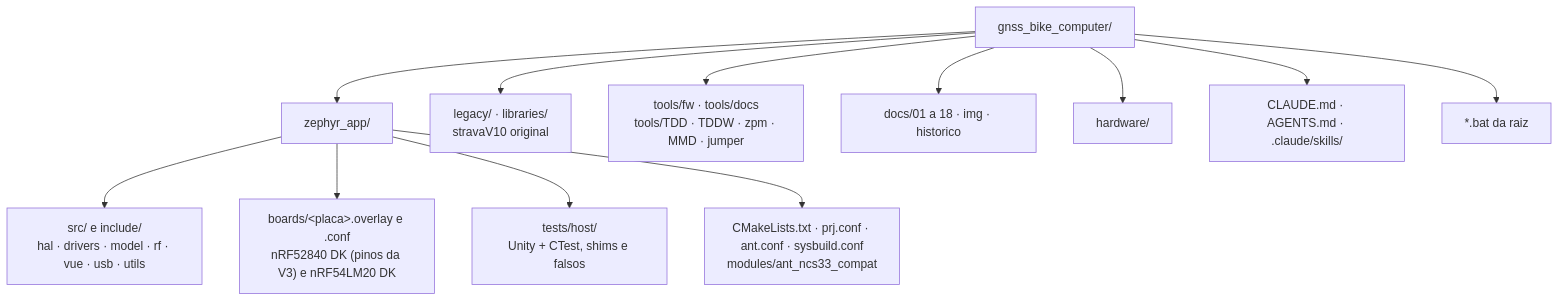
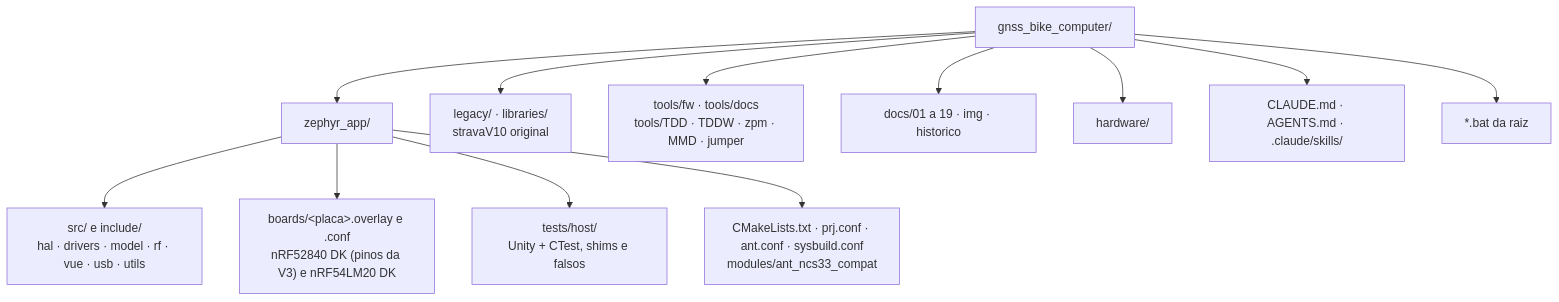
The first of 2 diagrams in CLAUDE.md (Guiimartinho/gnss-bike-computer), drawn with Mermaid before and after one commit. The commit also changed other lines of this file and 13 other files, not shown here.

````diff
--- a/CLAUDE.md
+++ b/CLAUDE.md
@@ -58,15 +58,15 @@
 ```mermaid
 flowchart TB
     ROOT["gnss_bike_computer/"]
     ROOT --> ZA["zephyr_app/"]
     ZA --> ZS["src/ e include/<br/>hal · drivers · model · rf · vue · usb · utils"]
     ZA --> ZB["boards/&lt;placa&gt;.overlay e .conf<br/>nRF52840 DK (pinos da V3) e nRF54LM20 DK"]
     ZA --> ZT["tests/host/<br/>Unity + CTest, shims e falsos"]
     ZA --> ZC["CMakeLists.txt · prj.conf · ant.conf · sysbuild.conf<br/>modules/ant_ncs33_compat"]
     ROOT --> LEG["legacy/ · libraries/<br/>stravaV10 original"]
     ROOT --> TOOLS["tools/fw · tools/docs<br/>tools/TDD · TDDW · zpm · MMD · jumper"]
-    ROOT --> DOCS["docs/01 a 18 · img · historico"]
+    ROOT --> DOCS["docs/01 a 19 · img · historico"]
     ROOT --> HW["hardware/"]
     ROOT --> AI["CLAUDE.md · AGENTS.md · .claude/skills/"]
     ROOT --> BAT["*.bat da raiz"]
 ```
````
